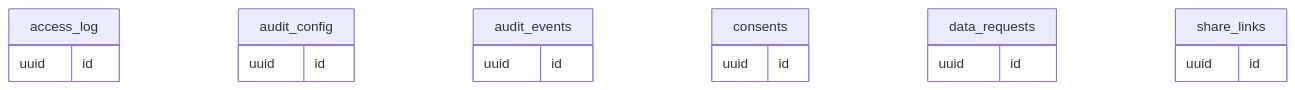
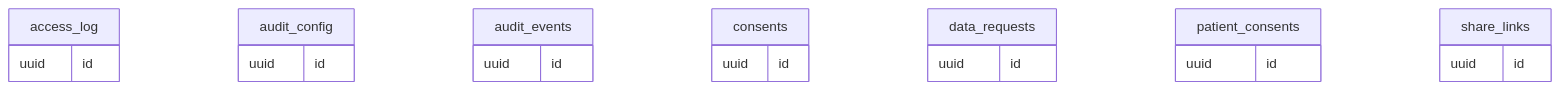
Diagram 12 of 13 in docs/database.md (sakalyatechnologies/aarogyam), drawn with Mermaid before and after one commit. The commit also changed other lines of this file and 34 other files, not shown here.

````diff
--- a/docs/database.md
+++ b/docs/database.md
@@ -2477,21 +2478,24 @@
 ```mermaid
 erDiagram
   access_log {
     uuid id
   }
   audit_config {
     uuid id
   }
   audit_events {
     uuid id
   }
   consents {
     uuid id
   }
   data_requests {
     uuid id
   }
+  patient_consents {
+    uuid id
+  }
   share_links {
     uuid id
   }
 ```
````
